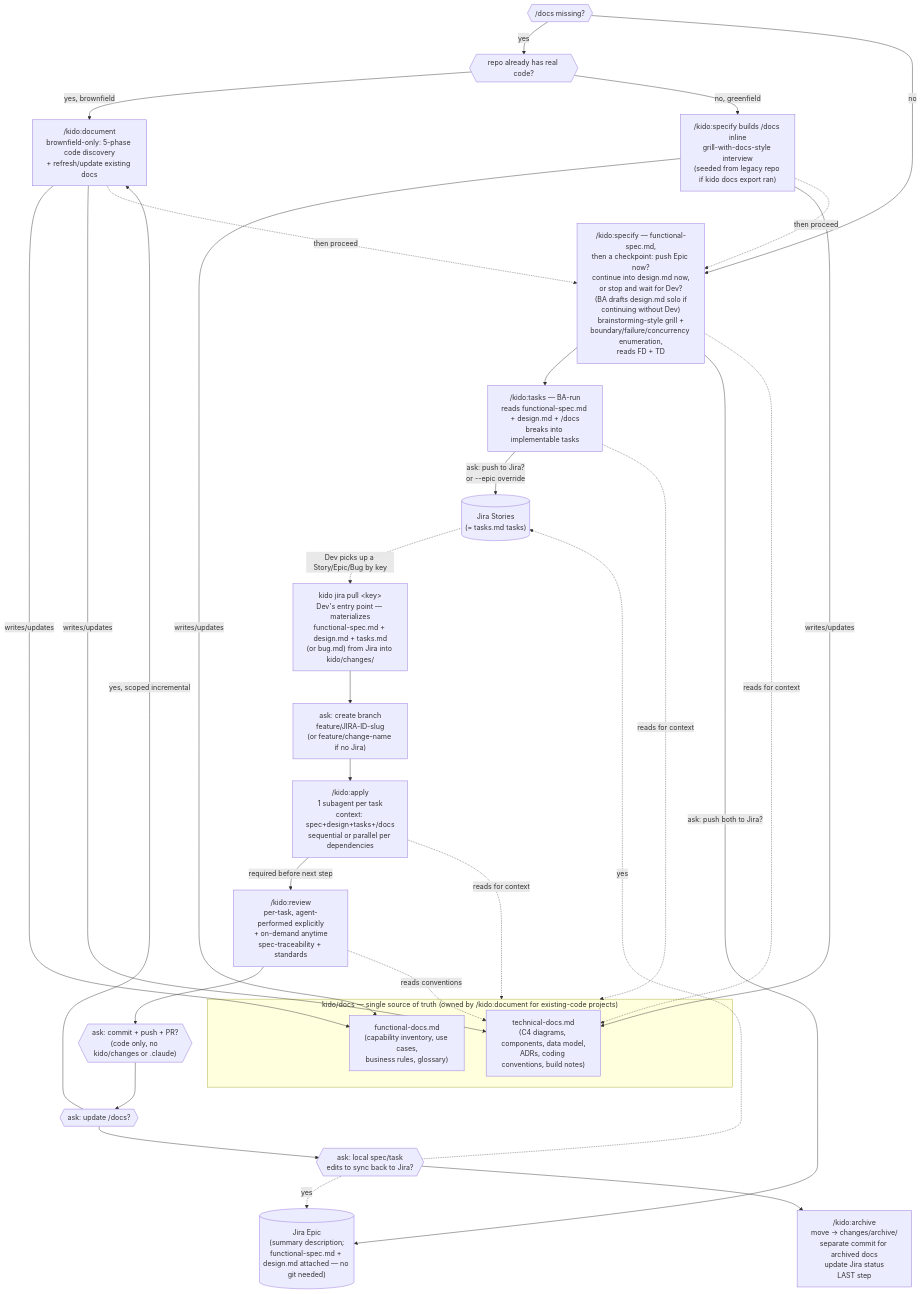
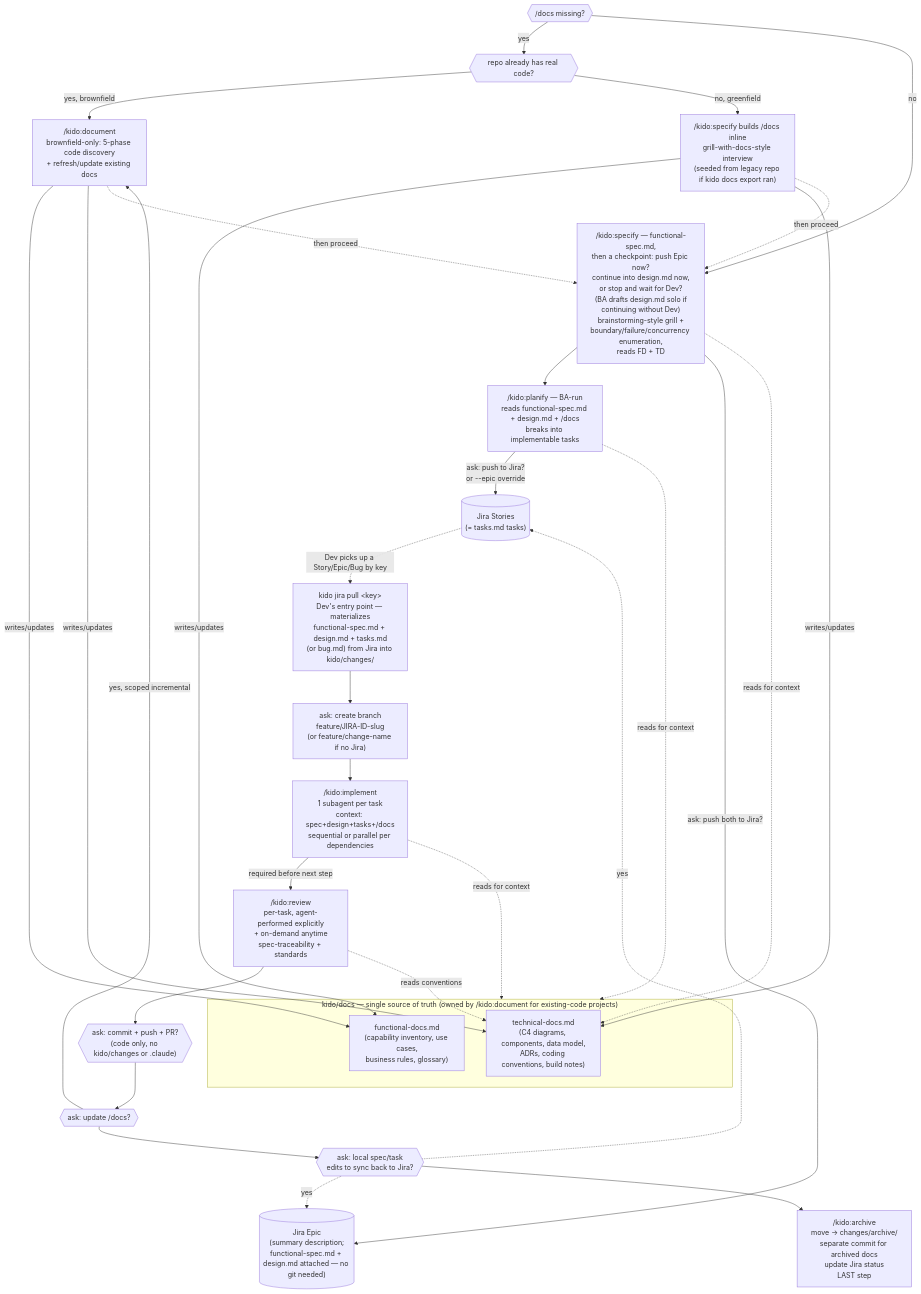
Before and after one commit to moezRebai/Kido-kit: the diagram in DESIGN.md, drawn with Mermaid. The commit also changed other lines of this file and 13 other files, not shown here.

First line of the commit message:
Update /kido:tasks and /kido:apply references to planify/implement

````diff
--- a/DESIGN.md
+++ b/DESIGN.md
@@ -133,66 +133,66 @@
 ```mermaid
 flowchart TD
     subgraph KB["kido/docs — single source of truth (owned by /kido:document for existing-code projects)"]
         FD["functional-docs.md<br/>(capability inventory, use cases,<br/>business rules, glossary)"]
         TD["technical-docs.md<br/>(C4 diagrams, components, data model,<br/>ADRs, coding conventions, build notes)"]
     end
 
     DOCUMENT["/kido:document<br/>brownfield-only: 5-phase code discovery<br/>+ refresh/update existing docs"]
     DOCUMENT -->|writes/updates| FD
     DOCUMENT -->|writes/updates| TD
 
     NODOCS{{"/docs missing?"}}
     HASCODE{{"repo already has real code?"}}
     NODOCS -->|yes| HASCODE
     HASCODE -->|yes, brownfield| DOCUMENT
 
     SPECIFYDOCS["/kido:specify builds /docs inline<br/>grill-with-docs-style interview<br/>(seeded from legacy repo if kido docs export ran)"]
     HASCODE -->|no, greenfield| SPECIFYDOCS
     SPECIFYDOCS -->|writes/updates| FD
     SPECIFYDOCS -->|writes/updates| TD
 
     SPECIFY["/kido:specify — functional-spec.md,<br/>then a checkpoint: push Epic now?<br/>continue into design.md now,<br/>or stop and wait for Dev?<br/>(BA drafts design.md solo if<br/>continuing without Dev)<br/>brainstorming-style grill +<br/>boundary/failure/concurrency enumeration,<br/>reads FD + TD"]
-    TASKS["/kido:tasks — BA-run<br/>reads functional-spec.md + design.md + /docs<br/>breaks into implementable tasks"]
+    PLANIFY["/kido:planify — BA-run<br/>reads functional-spec.md + design.md + /docs<br/>breaks into implementable tasks"]
 
     NODOCS -->|no| SPECIFY
     DOCUMENT -.->|then proceed| SPECIFY
     SPECIFYDOCS -.->|then proceed| SPECIFY
-    SPECIFY --> TASKS
+    SPECIFY --> PLANIFY
 
     JIRA_E[("Jira Epic<br/>(summary description;<br/>functional-spec.md + design.md attached — no git needed)")]
     JIRA_S[("Jira Stories<br/>(= tasks.md tasks)")]
     SPECIFY -->|ask: push both to Jira?| JIRA_E
-    TASKS -->|ask: push to Jira?<br/>or --epic override| JIRA_S
+    PLANIFY -->|ask: push to Jira?<br/>or --epic override| JIRA_S
 
     PULL["kido jira pull &lt;key&gt;<br/>Dev's entry point — materializes<br/>functional-spec.md + design.md + tasks.md<br/>(or bug.md) from Jira into kido/changes/"]
     JIRA_S -.->|Dev picks up a Story/Epic/Bug by key| PULL
 
     BRANCH["ask: create branch<br/>feature/JIRA-ID-slug<br/>(or feature/change-name if no Jira)"]
     PULL --> BRANCH
 
-    APPLY["/kido:apply<br/>1 subagent per task<br/>context: spec+design+tasks+/docs<br/>sequential or parallel per dependencies"]
-    BRANCH --> APPLY
+    IMPLEMENT["/kido:implement<br/>1 subagent per task<br/>context: spec+design+tasks+/docs<br/>sequential or parallel per dependencies"]
+    BRANCH --> IMPLEMENT
 
     REVIEW["/kido:review<br/>per-task, agent-performed explicitly<br/>+ on-demand anytime<br/>spec-traceability + standards"]
-    APPLY -->|required before next step| REVIEW
+    IMPLEMENT -->|required before next step| REVIEW
 
     ASKCOMMIT{{"ask: commit + push + PR?<br/>(code only, no kido/changes or .claude)"}}
     REVIEW --> ASKCOMMIT
 
     ASKDOCS{{"ask: update /docs?"}}
     ASKCOMMIT --> ASKDOCS
     ASKDOCS -->|yes, scoped incremental| DOCUMENT
 
     ASKSYNC{{"ask: local spec/task<br/>edits to sync back to Jira?"}}
     ASKDOCS --> ASKSYNC
     ASKSYNC -.->|yes| JIRA_E
     ASKSYNC -.->|yes| JIRA_S
 
     ARCHIVE["/kido:archive<br/>move → changes/archive/<br/>separate commit for archived docs<br/>update Jira status<br/>LAST step"]
     ASKSYNC --> ARCHIVE
 
     SPECIFY -.->|reads for context| TD
-    TASKS -.->|reads for context| KB
-    APPLY -.->|reads for context| KB
+    PLANIFY -.->|reads for context| KB
+    IMPLEMENT -.->|reads for context| KB
     REVIEW -.->|reads conventions| TD
 ```
````
